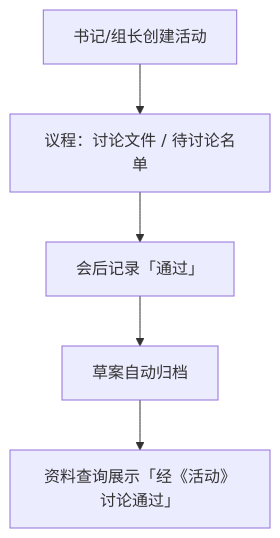
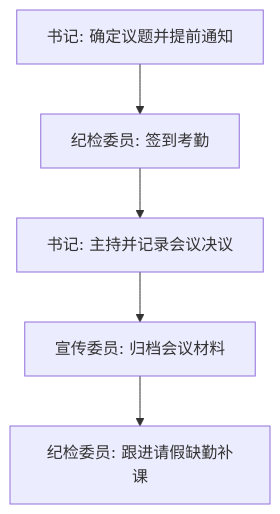
One commit to czhgo/GSM1921-SOP changed the second of 15 diagrams in content/03_doc_system/FUNCTION_MAP.md. Above: the diagram before and after it, drawn with Mermaid. The commit also changed other lines of this file and 183 other files, not shown here.

Commit message:
feat(flow): 业务链路角色化 FLOW_LINKS 12 条 + help 架构叙事对齐 + catalog 整合 (T6/T7/T8, 20260901h to i, 87/87)

````diff
--- a/content/03_doc_system/FUNCTION_MAP.md
+++ b/content/03_doc_system/FUNCTION_MAP.md
@@ -70,7 +63,7 @@
 ```mermaid
 flowchart TD
-A[书记/组长创建活动] --> B[议程：讨论文件 / 待讨论名单]
-B --> C[会后记录「通过」]
-C --> D[草案自动归档]
-D --> E[资料查询展示「经《活动》讨论通过」]
+A[书记: 确定议题并提前通知] --> B[纪检委员: 签到考勤]
+B --> C[书记: 主持并记录会议决议]
+C --> D[宣传委员: 归档会议材料]
+D --> E[纪检委员: 跟进请假缺勤补课]
 ```
````
